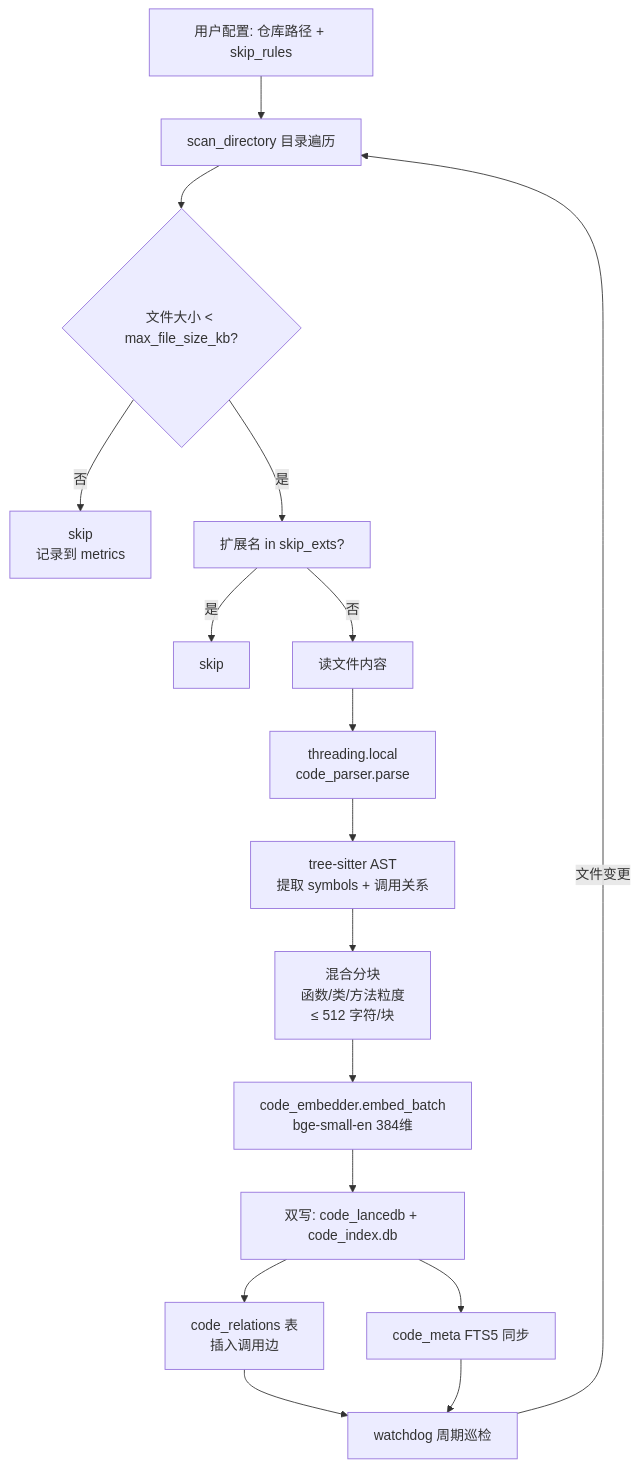
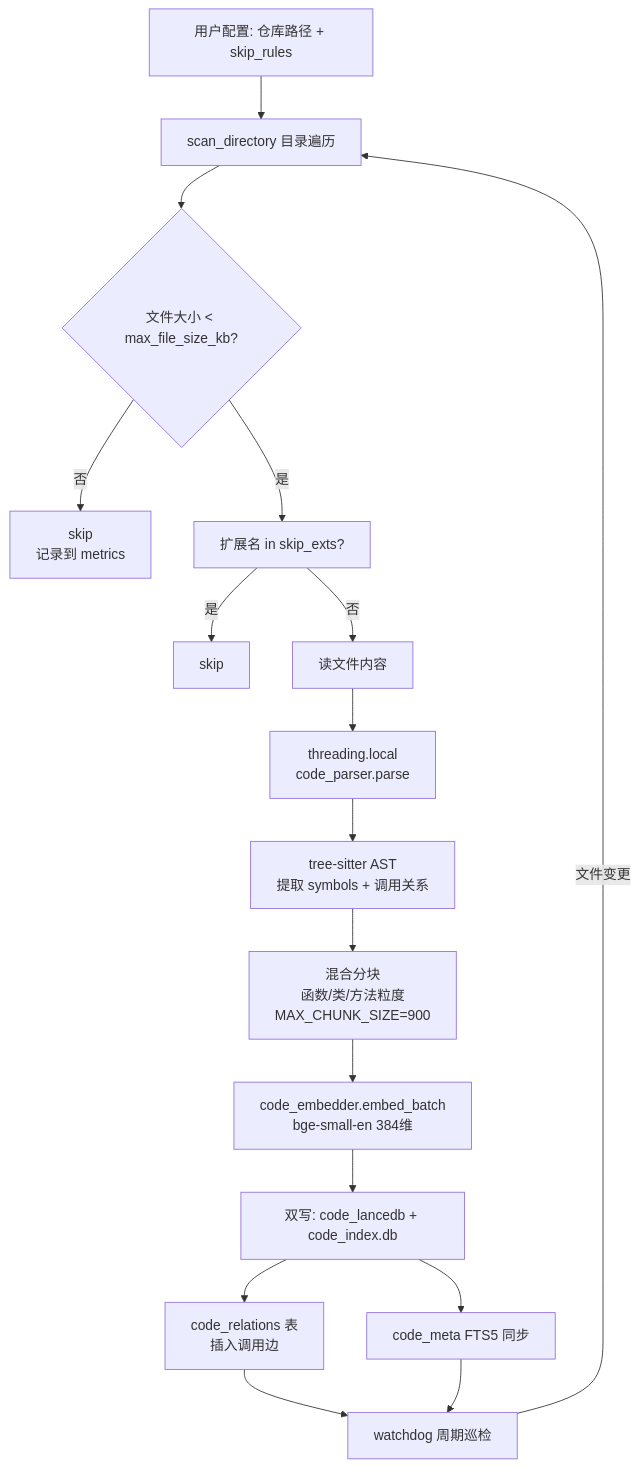
One commit to chengliuAres/LLM-knowledge-base changed the first of 5 diagrams in docs/superpowers/specs/2026-06-12-arch-tab-design.md. Above: the diagram before and after it, drawn with Mermaid. The commit also changed other lines of this file, not shown here.

````diff
--- a/docs/superpowers/specs/2026-06-12-arch-tab-design.md
+++ b/docs/superpowers/specs/2026-06-12-arch-tab-design.md
@@ -98,19 +101,19 @@
 ```mermaid
 flowchart TD
     A[用户配置: 仓库路径 + skip_rules] --> B[scan_directory 目录遍历]
     B --> C{文件大小 &lt; max_file_size_kb?}
     C -->|否| X1[skip<br/>记录到 metrics]
     C -->|是| D[扩展名 in skip_exts?]
     D -->|是| X2[skip]
     D -->|否| E[读文件内容]
     E --> F[threading.local<br/>code_parser.parse]
     F --> G[tree-sitter AST<br/>提取 symbols + 调用关系]
-    G --> H[混合分块<br/>函数/类/方法粒度<br/>≤ 512 字符/块]
+    G --> H[混合分块<br/>函数/类/方法粒度<br/>MAX_CHUNK_SIZE=900]
     H --> I[code_embedder.embed_batch<br/>bge-small-en 384维]
     I --> J[双写: code_lancedb + code_index.db]
     J --> K[code_relations 表<br/>插入调用边]
     J --> L[code_meta FTS5 同步]
     K --> M[watchdog 周期巡检]
     L --> M
     M -->|文件变更| B
 ```
````
